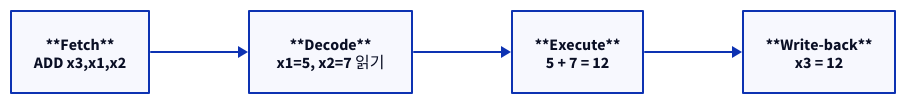
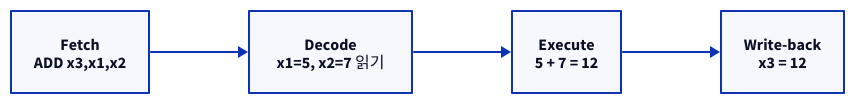
One commit to humbleowl39/DV_SKOOL changed the second of 3 diagrams in starlight_site/src/content/docs/computer_architecture/03_life_of_an_instruction.md. Above: the diagram before and after it, drawn with D2. The commit also changed other lines of this file and 714 other files, not shown here.

First line of the commit message:
fix(site): d2 다이어그램 가독성 결함 6종 일괄 수정

````diff
--- a/starlight_site/src/content/docs/computer_architecture/03_life_of_an_instruction.md
+++ b/starlight_site/src/content/docs/computer_architecture/03_life_of_an_instruction.md
@@ -79,10 +79,10 @@
 ```d2
 direction: right
 
-F: "**Fetch**\nADD x3,x1,x2"
-D: "**Decode**\nx1=5, x2=7 읽기"
-E: "**Execute**\n5 + 7 = 12"
-W: "**Write-back**\nx3 = 12"
+F: "Fetch\nADD x3,x1,x2"
+D: "Decode\nx1=5, x2=7 읽기"
+E: "Execute\n5 + 7 = 12"
+W: "Write-back\nx3 = 12"
 
 F -> D -> E -> W
 ```
````
